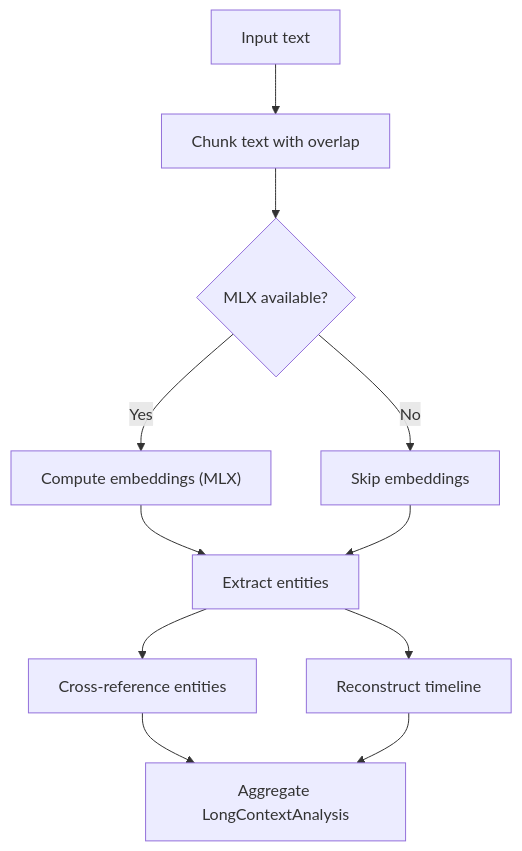
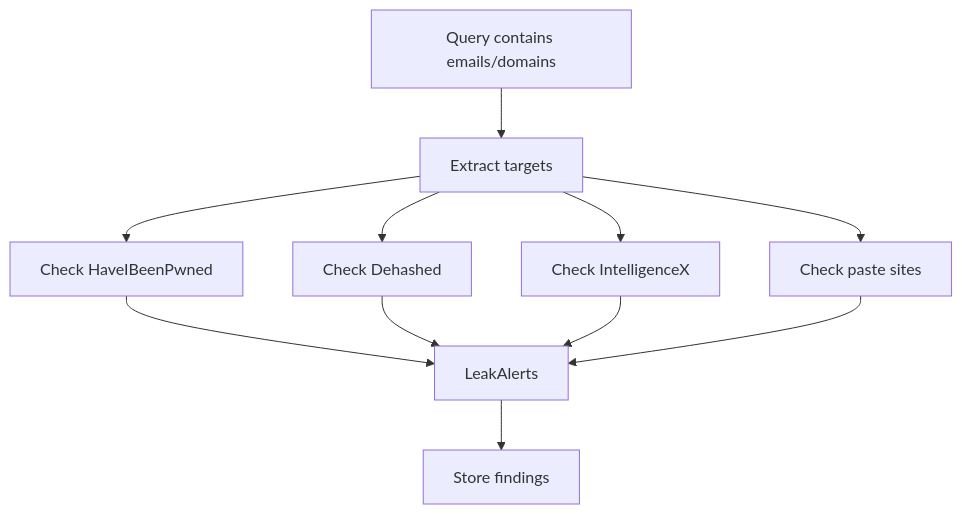
Before and after one commit to Hamulda/hledac-universal: the sixth of 8 diagrams in .qoder/repowiki/en/content/Intelligence Modules/Document Intelligence.md, drawn with Mermaid. The commit also changed other lines of this file and 236 other files, not shown here.

````diff
--- a/.qoder/repowiki/en/content/Intelligence Modules/Document Intelligence.md
+++ b/.qoder/repowiki/en/content/Intelligence Modules/Document Intelligence.md
@@ -234,13 +259,13 @@
 ```mermaid
 flowchart TD
-A["Input text"] --> B["Chunk text with overlap"]
-B --> C{"MLX available?"}
-C --> |Yes| D["Compute embeddings (MLX)"]
-C --> |No| E["Skip embeddings"]
-D --> F["Extract entities"]
-E --> F
-F --> G["Cross-reference entities"]
-F --> H["Reconstruct timeline"]
-G --> I["Aggregate LongContextAnalysis"]
-H --> I
+Q["Query contains emails/domains"] --> CheckTargets["Extract targets"]
+CheckTargets --> HIBP["Check HaveIBeenPwned"]
+CheckTargets --> Dehashed["Check Dehashed"]
+CheckTargets --> IX["Check IntelligenceX"]
+CheckTargets --> Paste["Check paste sites"]
+HIBP --> Alerts["LeakAlerts"]
+Dehashed --> Alerts
+IX --> Alerts
+Paste --> Alerts
+Alerts --> Store["Store findings"]
 ```
````
